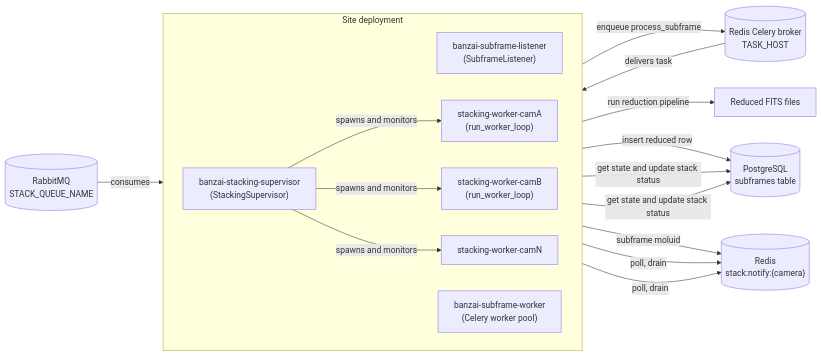
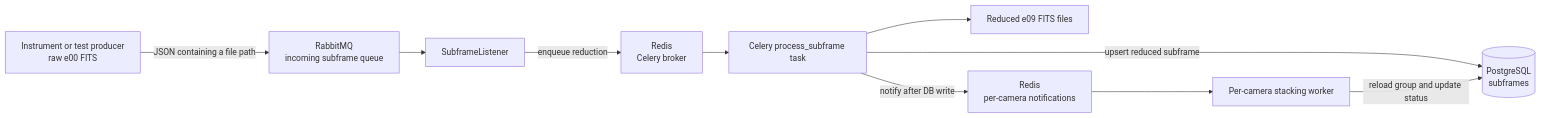
One commit to LCOGT/banzai changed the first of 3 diagrams in docs/smartstacking_architecture.md. Above: the diagram before and after it, drawn with Mermaid. The commit also changed other lines of this file and 1 other file, not shown here.

````diff
--- a/docs/smartstacking_architecture.md
+++ b/docs/smartstacking_architecture.md
@@ -20,41 +37,22 @@
 ```mermaid
 flowchart LR
-    subgraph site["Site deployment"]
-        direction LR
-        listener["banzai-subframe-listener
-          (SubframeListener)"]
-        celery["banzai-subframe-worker
-          (Celery worker pool)"]
-        supervisor["banzai-stacking-supervisor
-          (StackingSupervisor)"]
-        wA["stacking-worker-camA
-          (run_worker_loop)"]
-        wB["stacking-worker-camB
-          (run_worker_loop)"]
-        wN["stacking-worker-camN"]
-        supervisor -- "spawns and monitors" --> wA
-        supervisor -- "spawns and monitors" --> wB
-        supervisor -- "spawns and monitors" --> wN
-    end
+    producer["Instrument or test producer<br/>raw e00 FITS"]
+    rabbit["RabbitMQ<br/>incoming subframe queue"]
+    listener["SubframeListener"]
+    celery_broker["Redis<br/>Celery broker"]
+    reduction["Celery process_subframe task"]
+    files["Reduced e09 FITS files"]
+    db[("PostgreSQL<br/>subframes")]
+    notify["Redis<br/>per-camera notifications"]
+    stack_worker["Per-camera stacking worker"]
 
-    rabbit[("RabbitMQ
-    STACK_QUEUE_NAME")]
-    celery_broker[("Redis Celery broker
-      TASK_HOST")]
-    notify_redis[("Redis
-      stack:notify:{camera}")]
-    db[("PostgreSQL
-      subframes table")]
-    reduced["Reduced FITS files"]
-
-    rabbit -- "consumes" --> listener
-    listener -- "enqueue process_subframe" --> celery_broker
-    celery_broker -- "delivers task" --> celery
-    celery -- "run reduction pipeline" --> reduced
-    celery -- "insert reduced row" --> db
-    celery -- "subframe moluid" --> notify_redis
-    wA -- "poll, drain" --> notify_redis
-    wB -- "poll, drain" --> notify_redis
-    wA -- "get state and update stack status" --> db
-    wB -- "get state and update stack status" --> db
+    producer -->|"JSON containing a file path"| rabbit
+    rabbit --> listener
+    listener -->|"enqueue reduction"| celery_broker
+    celery_broker --> reduction
+    reduction --> files
+    reduction -->|"upsert reduced subframe"| db
+    reduction -->|"notify after DB write"| notify
+    notify --> stack_worker
+    stack_worker -->|"reload group and update status"| db
 ```
````
